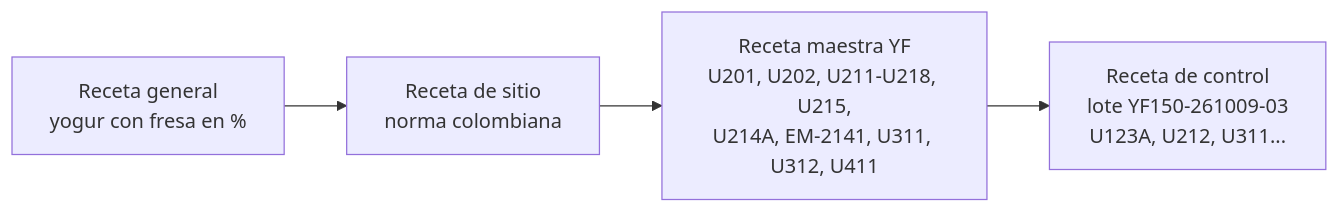
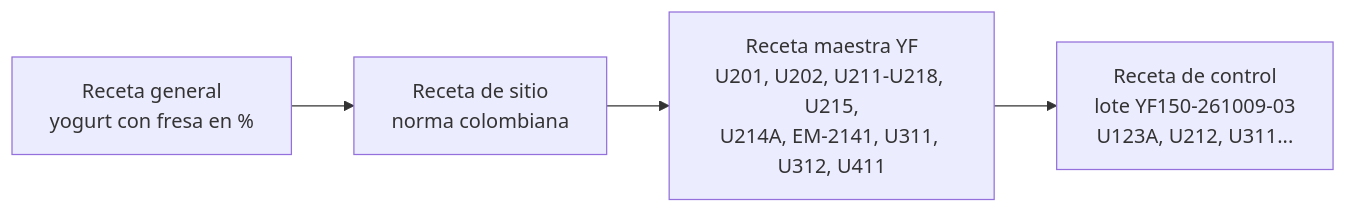
Before and after one commit to Mekvra/proyecto-integrador: the diagram in 01_transformacion-digital/isa88/recetas/recetas.md, drawn with Mermaid. The commit also changed other lines of this file and 58 other files, not shown here.

````diff
--- a/01_transformacion-digital/isa88/recetas/recetas.md
+++ b/01_transformacion-digital/isa88/recetas/recetas.md
@@ -16,6 +16,6 @@
 ```mermaid
 flowchart LR
-    RG["Receta general<br/>yogur con fresa en %"] --> RS["Receta de sitio<br/>norma colombiana"]
+    RG["Receta general<br/>yogurt con fresa en %"] --> RS["Receta de sitio<br/>norma colombiana"]
     RS --> RM["Receta maestra YF<br/>U201, U202, U211-U218, U215,<br/>U214A, EM-2141, U311, U312, U411"]
     RM --> RC["Receta de control<br/>lote YF150-261009-03<br/>U123A, U212, U311..."]
 ```
````
